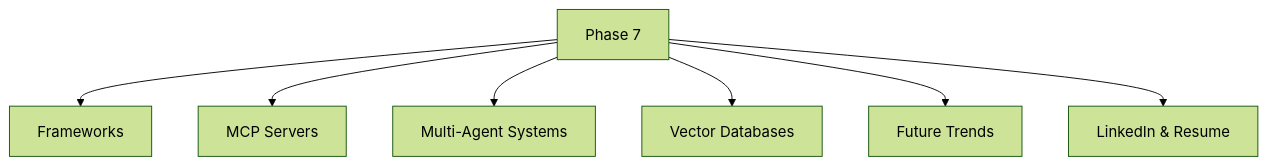
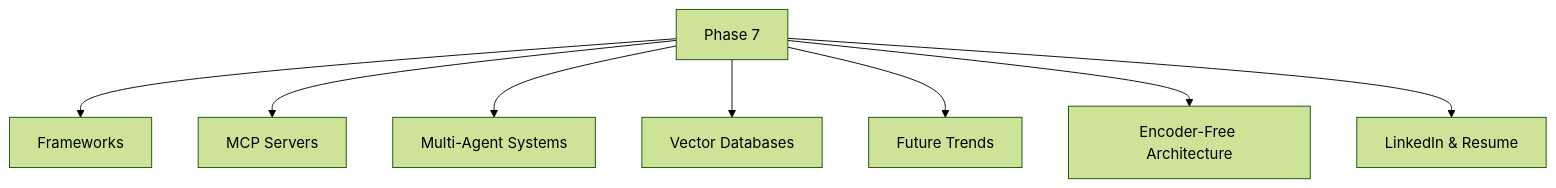
The seventh of 7 diagrams in docs/coding/Agentic AI/Course structure diagram.md (Pravin-hub-rgb/ProVin), drawn with Mermaid (forest theme) before and after one commit. The commit also changed 4 other files, not shown here.

Commit message:
feat: add encoder-free architecture section and update LinkedIn/resume guidance

````diff
--- a/docs/coding/Agentic AI/Course structure diagram.md
+++ b/docs/coding/Agentic AI/Course structure diagram.md
@@ -122,9 +122,10 @@
 ```mermaid
 graph TD
     P7["Phase 7"] --> P7L1["Frameworks"]
     P7 --> P7L2["MCP Servers"]
     P7 --> P7L3["Multi-Agent Systems"]
     P7 --> P7L4["Vector Databases"]
     P7 --> P7L5["Future Trends"]
-    P7 --> P7L6["LinkedIn & Resume"]
+    P7 --> P7L6["Encoder-Free Architecture"]
+    P7 --> P7L7["LinkedIn & Resume"]
 ```
````
